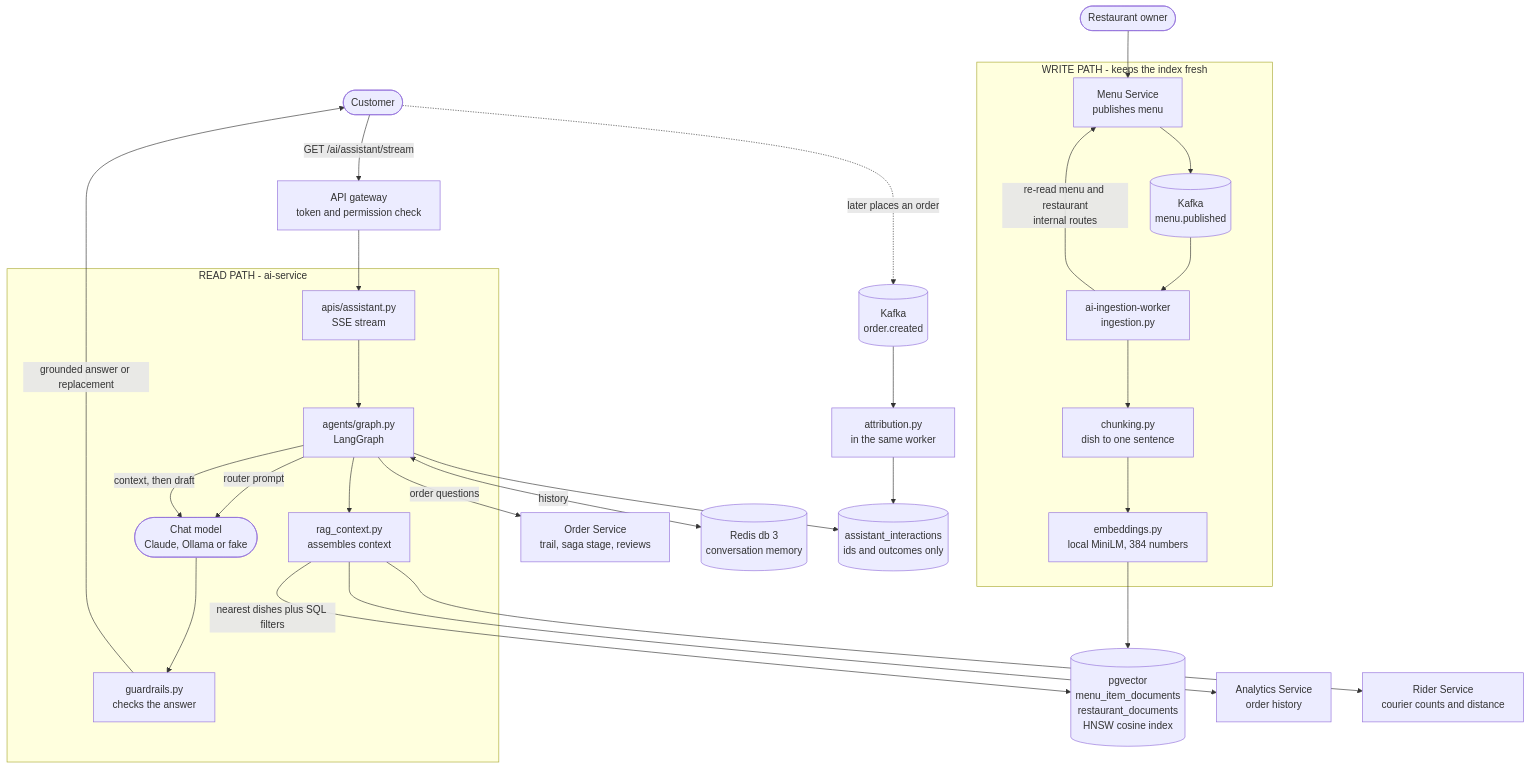
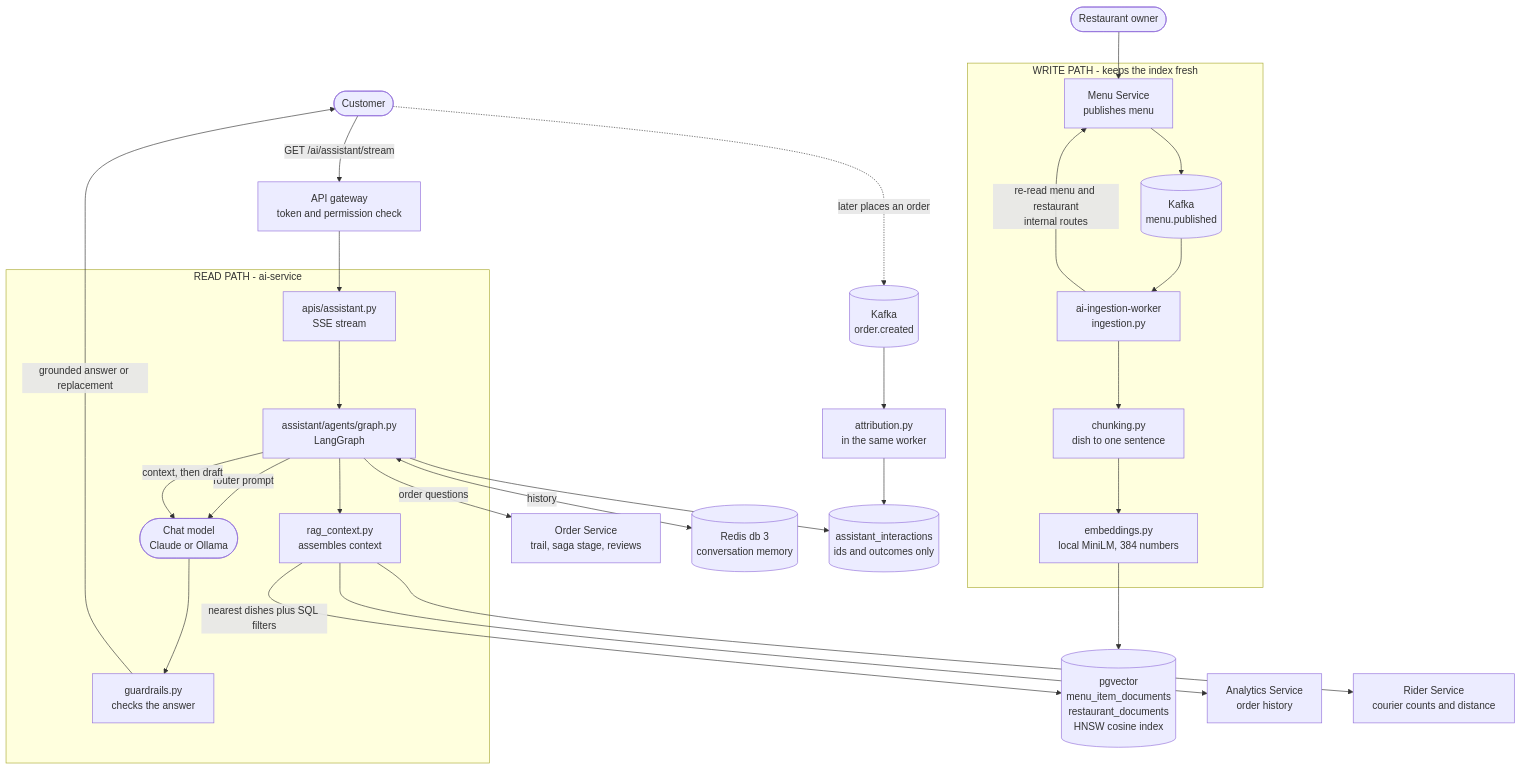
One commit to saqib-emumba/smartfoodops-backend changed the first of 4 diagrams in readme/ai-pipeline-guide.md. Above: the diagram before and after it, drawn with Mermaid. The commit also changed other lines of this file and 50 other files, not shown here.

````diff
--- a/readme/ai-pipeline-guide.md
+++ b/readme/ai-pipeline-guide.md
@@ -40,51 +40,51 @@
 ```mermaid
 flowchart TB
     Owner(["Restaurant owner"])
     Customer(["Customer"])
     GW["API gateway<br/>token and permission check"]
 
     subgraph WRITE ["WRITE PATH - keeps the index fresh"]
         MenuSvc["Menu Service<br/>publishes menu"]
         KafkaMenu[("Kafka<br/>menu.published")]
         Worker["ai-ingestion-worker<br/>ingestion.py"]
         Chunk["chunking.py<br/>dish to one sentence"]
         Embed["embeddings.py<br/>local MiniLM, 384 numbers"]
     end
 
     VectorDB[("pgvector<br/>menu_item_documents<br/>restaurant_documents<br/>HNSW cosine index")]
 
     subgraph READ ["READ PATH - ai-service"]
         Assistant["apis/assistant.py<br/>SSE stream"]
-        Graph["agents/graph.py<br/>LangGraph"]
+        Graph["assistant/agents/graph.py<br/>LangGraph"]
         RAG["rag_context.py<br/>assembles context"]
-        LLM(["Chat model<br/>Claude, Ollama or fake"])
+        LLM(["Chat model<br/>Claude or Ollama"])
         Guard["guardrails.py<br/>checks the answer"]
     end
 
     Analytics["Analytics Service<br/>order history"]
     Rider["Rider Service<br/>courier counts and distance"]
     OrderSvc["Order Service<br/>trail, saga stage, reviews"]
     Redis[("Redis db 3<br/>conversation memory")]
     InteractionLog[("assistant_interactions<br/>ids and outcomes only")]
     KafkaOrder[("Kafka<br/>order.created")]
     Attribution["attribution.py<br/>in the same worker"]
 
     Owner --> MenuSvc --> KafkaMenu --> Worker
     Worker -->|"re-read menu and restaurant<br/>internal routes"| MenuSvc
     Worker --> Chunk --> Embed --> VectorDB
 
     Customer -->|"GET /ai/assistant/stream"| GW --> Assistant --> Graph
     Graph <-->|"history"| Redis
     Graph -->|"router prompt"| LLM
     Graph --> RAG
     RAG -->|"nearest dishes plus SQL filters"| VectorDB
     RAG --> Analytics
     RAG --> Rider
     Graph -->|"order questions"| OrderSvc
     Graph -->|"context, then draft"| LLM
     LLM --> Guard
     Guard -->|"grounded answer or replacement"| Customer
     Graph --> InteractionLog
 
     Customer -.->|"later places an order"| KafkaOrder --> Attribution --> InteractionLog
 ```
````
